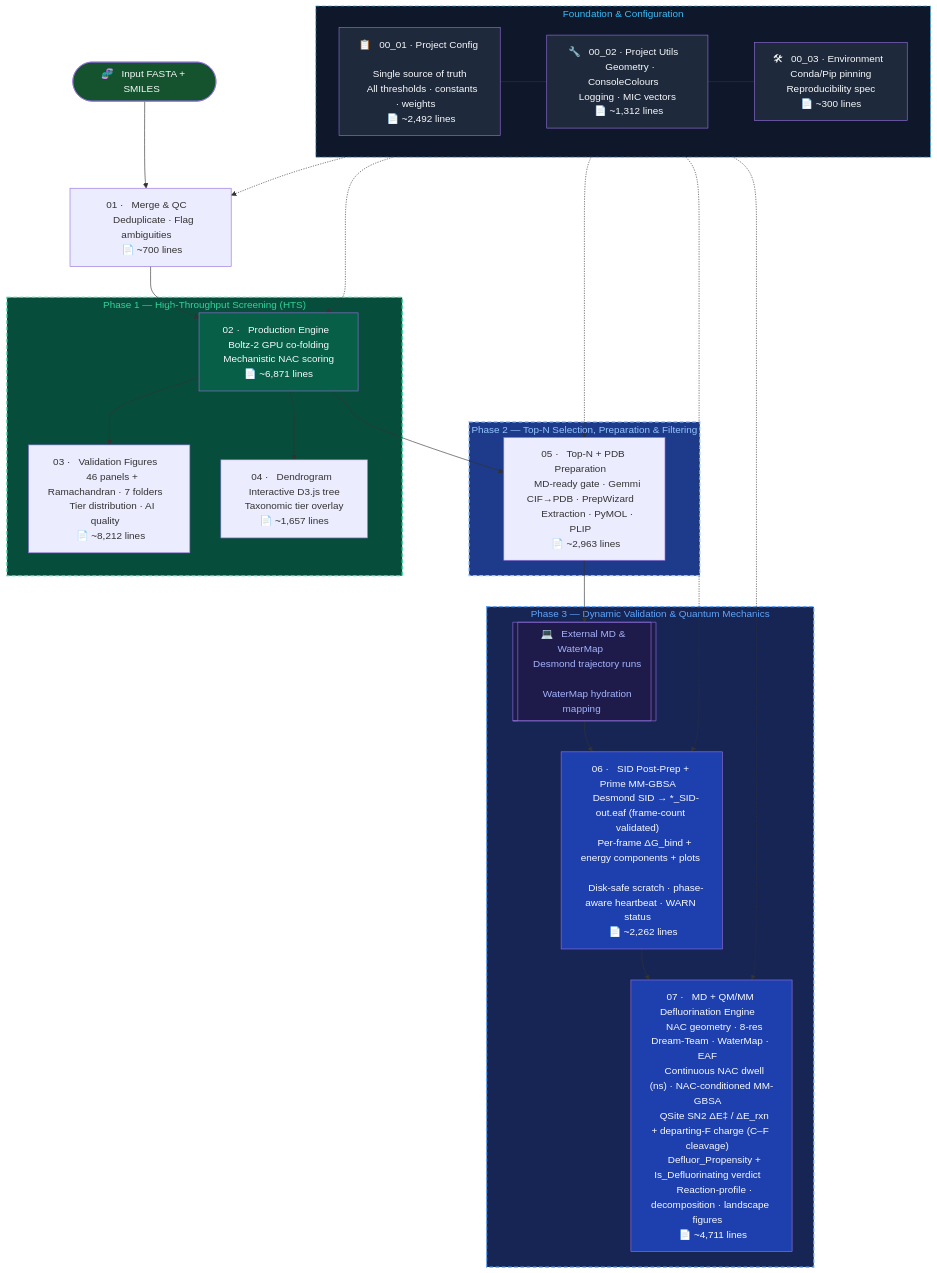
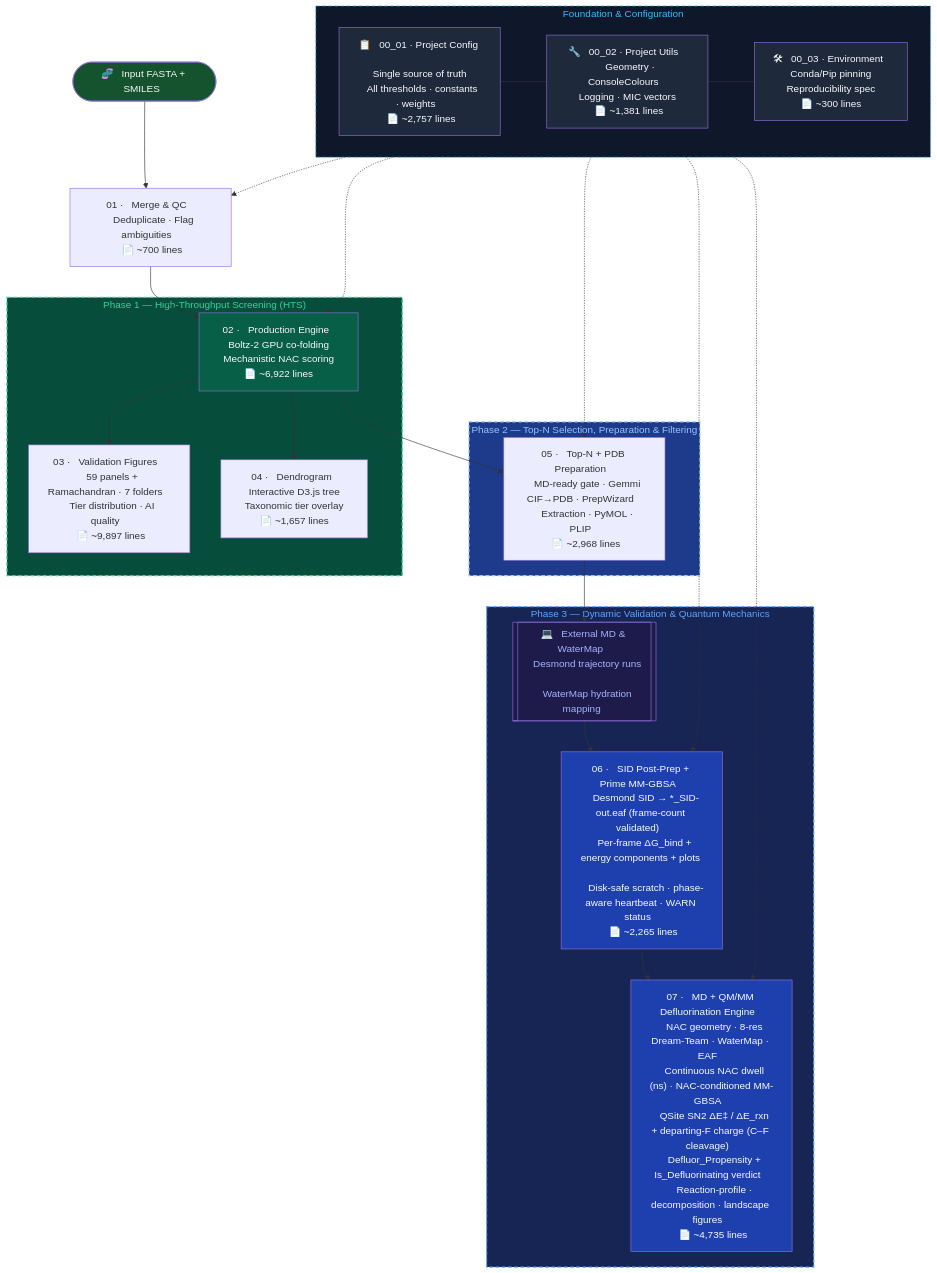
One commit to KU-MGB/DeFluorX changed the diagram in README.md. Above: the diagram before and after it, drawn with Mermaid.

Commit message:
docs: resync README line counts and figure count with the code
The Mermaid diagram embeds a line count per script; they drift silently with every change, so they are
refreshed together with the code rather than left to rot. 03 grew (9,897) with the merged extended
panels and shrank again with the dead-code removal; 00_01 grew (2,757) with the figure palette that
now owns every colour in 03. The figure count moves 46 -> 59, which is what a full run writes.

````diff
--- a/README.md
+++ b/README.md
@@ -190,56 +190,56 @@
 ```mermaid
 flowchart TD
     subgraph FOUNDATION["  Foundation & Configuration  "]
-        CFG["📋 &nbsp; 00_01 · Project Config &nbsp; \n &nbsp; Single source of truth &nbsp; \n &nbsp; All thresholds · constants · weights &nbsp; \n &nbsp; 📄 ~2,492 lines &nbsp; "]
-        UTL["🔧 &nbsp; 00_02 · Project Utils &nbsp; \n &nbsp; Geometry · ConsoleColours &nbsp; \n &nbsp; Logging · MIC vectors &nbsp; \n &nbsp; 📄 ~1,312 lines &nbsp; "]
+        CFG["📋 &nbsp; 00_01 · Project Config &nbsp; \n &nbsp; Single source of truth &nbsp; \n &nbsp; All thresholds · constants · weights &nbsp; \n &nbsp; 📄 ~2,757 lines &nbsp; "]
+        UTL["🔧 &nbsp; 00_02 · Project Utils &nbsp; \n &nbsp; Geometry · ConsoleColours &nbsp; \n &nbsp; Logging · MIC vectors &nbsp; \n &nbsp; 📄 ~1,381 lines &nbsp; "]
         ENV["🛠 &nbsp; 00_03 · Environment &nbsp; \n &nbsp; Conda/Pip pinning &nbsp; \n &nbsp; Reproducibility spec &nbsp; \n &nbsp; 📄 ~300 lines &nbsp; "]
         CFG --- UTL --- ENV
     end
 
     START(["🧬 &nbsp; Input FASTA + SMILES &nbsp;"]) --> M1
     M1["01 · &nbsp; Merge & QC &nbsp; \n &nbsp; Deduplicate · Flag ambiguities &nbsp; \n &nbsp; 📄 ~700 lines &nbsp; "] --> M2
 
     subgraph PHASE1["  Phase 1 — High-Throughput Screening (HTS)  "]
-        M2["02 · &nbsp; Production Engine &nbsp; \n &nbsp; Boltz-2 GPU co-folding &nbsp; \n &nbsp; Mechanistic NAC scoring &nbsp; \n &nbsp; 📄 ~6,871 lines &nbsp; "]
-        M3["03 · &nbsp; Validation Figures &nbsp; \n &nbsp; 46 panels + Ramachandran · 7 folders &nbsp; \n &nbsp; Tier distribution · AI quality &nbsp; \n &nbsp; 📄 ~8,212 lines &nbsp; "]
+        M2["02 · &nbsp; Production Engine &nbsp; \n &nbsp; Boltz-2 GPU co-folding &nbsp; \n &nbsp; Mechanistic NAC scoring &nbsp; \n &nbsp; 📄 ~6,922 lines &nbsp; "]
+        M3["03 · &nbsp; Validation Figures &nbsp; \n &nbsp; 59 panels + Ramachandran · 7 folders &nbsp; \n &nbsp; Tier distribution · AI quality &nbsp; \n &nbsp; 📄 ~9,897 lines &nbsp; "]
         M4["04 · &nbsp; Dendrogram &nbsp; \n &nbsp; Interactive D3.js tree &nbsp; \n &nbsp; Taxonomic tier overlay &nbsp; \n &nbsp; 📄 ~1,657 lines &nbsp; "]
         M2 --> M3
         M2 --> M4
     end
 
     M2 --> M5
 
     subgraph PHASE2["  Phase 2 — Top-N Selection, Preparation & Filtering  "]
-        M5["05 · &nbsp; Top-N + PDB Preparation &nbsp; \n &nbsp; MD-ready gate · Gemmi CIF→PDB · PrepWizard &nbsp; \n &nbsp; Extraction · PyMOL · PLIP &nbsp; \n &nbsp; 📄 ~2,963 lines &nbsp; "]
+        M5["05 · &nbsp; Top-N + PDB Preparation &nbsp; \n &nbsp; MD-ready gate · Gemmi CIF→PDB · PrepWizard &nbsp; \n &nbsp; Extraction · PyMOL · PLIP &nbsp; \n &nbsp; 📄 ~2,968 lines &nbsp; "]
     end
 
     M5 --> EXT_MD
 
     subgraph PHASE3["  Phase 3 — Dynamic Validation & Quantum Mechanics  "]
         EXT_MD[["💻 &nbsp; External MD & WaterMap &nbsp; \n &nbsp; Desmond trajectory runs &nbsp; \n &nbsp; WaterMap hydration mapping &nbsp;"]]
-        M6["06 · &nbsp; SID Post-Prep + Prime MM-GBSA &nbsp; \n &nbsp; Desmond SID → *_SID-out.eaf (frame-count validated) &nbsp; \n &nbsp; Per-frame ΔG_bind + energy components + plots &nbsp; \n &nbsp; Disk-safe scratch · phase-aware heartbeat · WARN status &nbsp; \n &nbsp; 📄 ~2,262 lines &nbsp; "]
-        M7["07 · &nbsp; MD + QM/MM Defluorination Engine &nbsp; \n &nbsp; NAC geometry · 8-res Dream-Team · WaterMap · EAF &nbsp; \n &nbsp; Continuous NAC dwell (ns) · NAC-conditioned MM-GBSA &nbsp; \n &nbsp; QSite SN2 ΔE‡ / ΔE_rxn + departing-F charge (C–F cleavage) &nbsp; \n &nbsp; Defluor_Propensity + Is_Defluorinating verdict &nbsp; \n &nbsp; Reaction-profile · decomposition · landscape figures &nbsp; \n &nbsp; 📄 ~4,711 lines &nbsp; "]
+        M6["06 · &nbsp; SID Post-Prep + Prime MM-GBSA &nbsp; \n &nbsp; Desmond SID → *_SID-out.eaf (frame-count validated) &nbsp; \n &nbsp; Per-frame ΔG_bind + energy components + plots &nbsp; \n &nbsp; Disk-safe scratch · phase-aware heartbeat · WARN status &nbsp; \n &nbsp; 📄 ~2,265 lines &nbsp; "]
+        M7["07 · &nbsp; MD + QM/MM Defluorination Engine &nbsp; \n &nbsp; NAC geometry · 8-res Dream-Team · WaterMap · EAF &nbsp; \n &nbsp; Continuous NAC dwell (ns) · NAC-conditioned MM-GBSA &nbsp; \n &nbsp; QSite SN2 ΔE‡ / ΔE_rxn + departing-F charge (C–F cleavage) &nbsp; \n &nbsp; Defluor_Propensity + Is_Defluorinating verdict &nbsp; \n &nbsp; Reaction-profile · decomposition · landscape figures &nbsp; \n &nbsp; 📄 ~4,735 lines &nbsp; "]
         EXT_MD --> M6 --> M7
     end
 
     %% Dependencies
     FOUNDATION -.-> M1
     FOUNDATION -.-> M2
     FOUNDATION -.-> M5
     FOUNDATION -.-> M6
     FOUNDATION -.-> M7
 
     style FOUNDATION fill:#0f172a,color:#38bdf8,stroke:#38bdf8
     style CFG fill:#1e293b,color:#f8fafc
     style UTL fill:#1e293b,color:#f8fafc
     style ENV fill:#1e293b,color:#f8fafc
     style PHASE1 fill:#064e3b,color:#34d399,stroke:#34d399,stroke-width:2px,stroke-dasharray: 6 4
     style PHASE2 fill:#1e3a8a,color:#93c5fd,stroke:#93c5fd,stroke-width:2px,stroke-dasharray: 6 4
     style PHASE3 fill:#172554,color:#60a5fa,stroke:#60a5fa,stroke-width:2px,stroke-dasharray: 6 4
     style FOUNDATION stroke-dasharray: 6 4
     style M2 fill:#065f46,color:#f8fafc
     style M6 fill:#1e40af,color:#f8fafc
     style M7 fill:#1e40af,color:#f8fafc
     style START fill:#14532d,color:#f8fafc
     style EXT_MD fill:#1e1b4b,color:#a5b4fc
 ```
````
